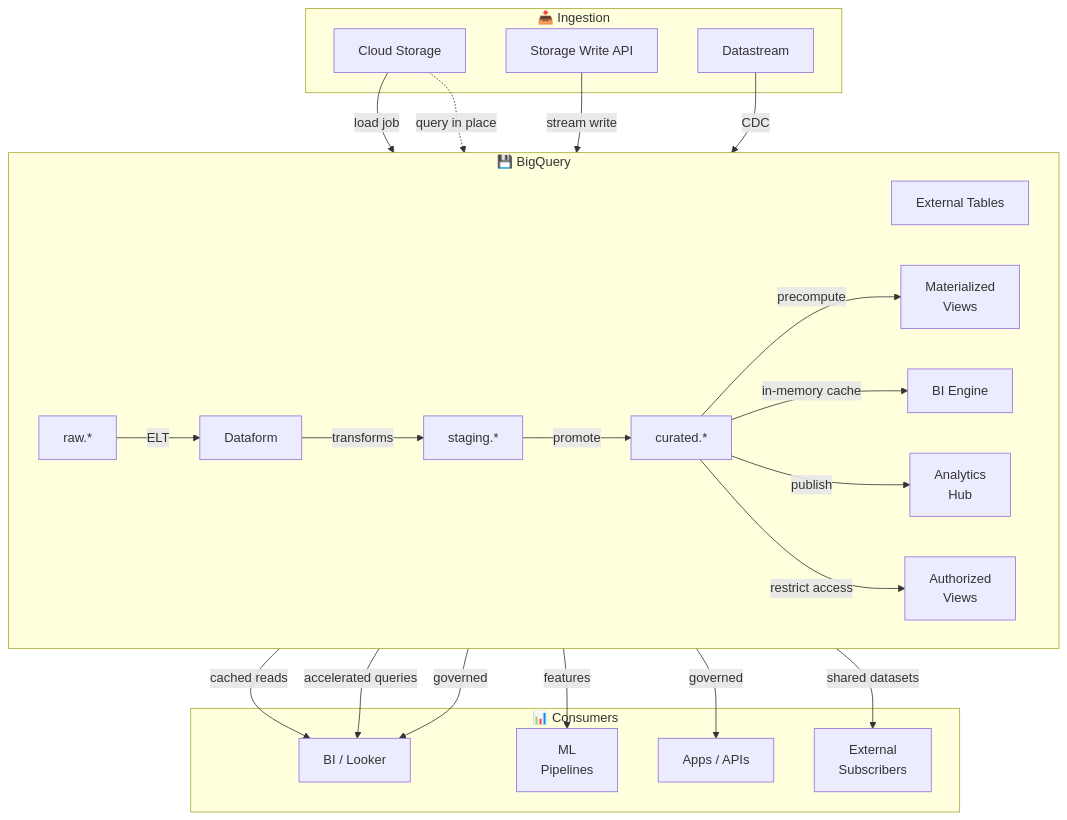
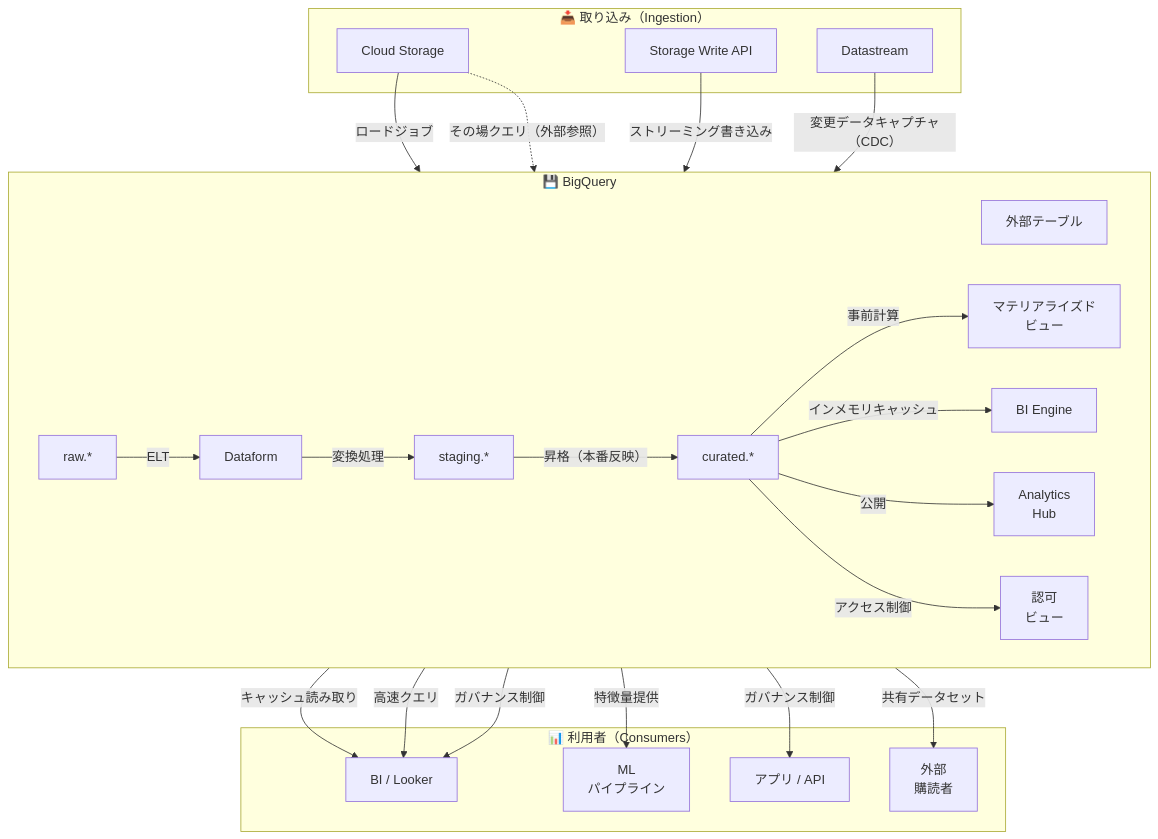
One commit to Maskish86/gcp-pde-exam-guide-ja changed the diagram in content/Storage/BigQuery.md. Above: the diagram before and after it, drawn with Mermaid. The commit also changed other lines of this file and 30 other files, not shown here.

````diff
--- a/content/Storage/BigQuery.md
+++ b/content/Storage/BigQuery.md
@@ -103,38 +103,38 @@
 ```mermaid
 flowchart TB
 
-subgraph SRC["📥 Ingestion"]
+subgraph SRC["📥 取り込み（Ingestion）"]
     S1[Cloud Storage]
     S2[Storage Write API]
     S3[Datastream]
 end
 
 subgraph BQ["💾 BigQuery"]
     direction LR
-    EXT[External Tables]
-    R["raw.*"] -->|ELT| DF[Dataform] -->|transforms| ST["staging.*"] -->|promote| CU["curated.*"]
-    CU -->|precompute| MV[Materialized<br/>Views]
-    CU -->|in-memory cache| BIE[BI Engine]
-    CU -->|publish| AH[Analytics<br/>Hub]
-    CU -->|restrict access| AV[Authorized<br/>Views]
+    EXT[外部テーブル]
+    R["raw.*"] -->|ELT| DF[Dataform] -->|変換処理| ST["staging.*"] -->|昇格（本番反映）| CU["curated.*"]
+    CU -->|事前計算| MV[マテリアライズド<br/>ビュー]
+    CU -->|インメモリキャッシュ| BIE[BI Engine]
+    CU -->|公開| AH[Analytics<br/>Hub]
+    CU -->|アクセス制御| AV[認可<br/>ビュー]
 end
 
-subgraph OUT["📊 Consumers"]
+subgraph OUT["📊 利用者（Consumers）"]
     O1[BI / Looker]
-    O2[ML<br/>Pipelines]
-    O3[Apps / APIs]
-    O4[External<br/>Subscribers]
+    O2[ML<br/>パイプライン]
+    O3[アプリ / API]
+    O4[外部<br/>購読者]
 end
 
-S1 -->|load job| R
-S1 -.->|query in place| EXT
-S2 -->|stream write| R
-S3 -->|CDC| R
+S1 -->|ロードジョブ| R
+S1 -.->|その場クエリ（外部参照）| EXT
+S2 -->|ストリーミング書き込み| R
+S3 -->|変更データキャプチャ（CDC）| R
 
-MV -->|cached reads| O1
-BIE -->|accelerated queries| O1
-AV -->|governed| O1
-AV -->|governed| O3
-CU -->|features| O2
-AH -->|shared datasets| O4
+MV -->|キャッシュ読み取り| O1
+BIE -->|高速クエリ| O1
+AV -->|ガバナンス制御| O1
+AV -->|ガバナンス制御| O3
+CU -->|特徴量提供| O2
+AH -->|共有データセット| O4
 ```
````
